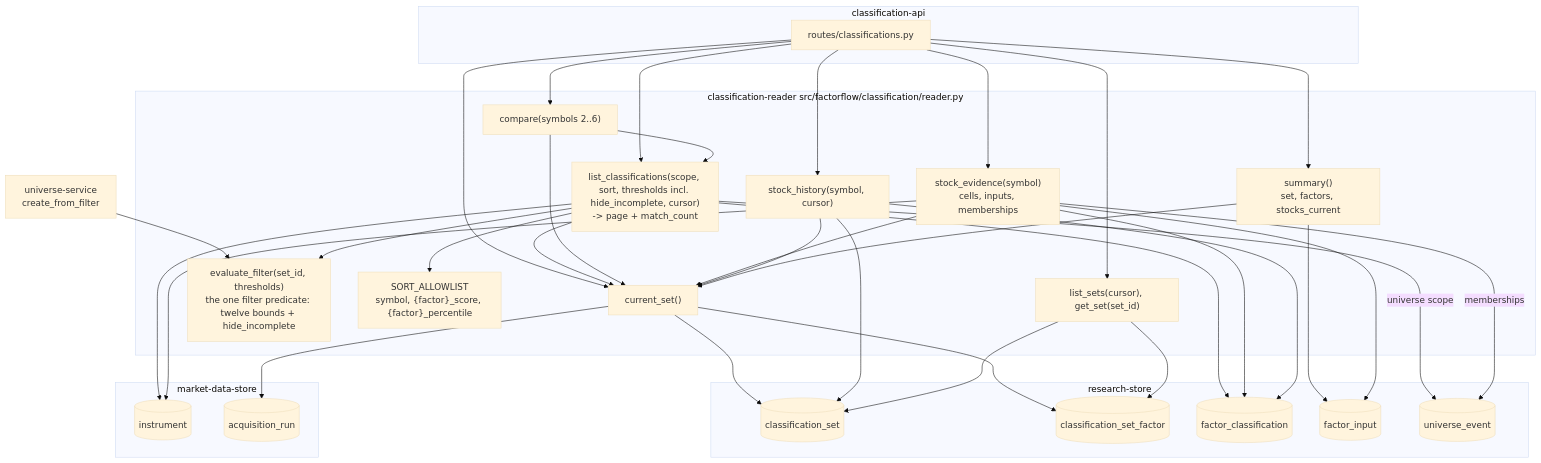
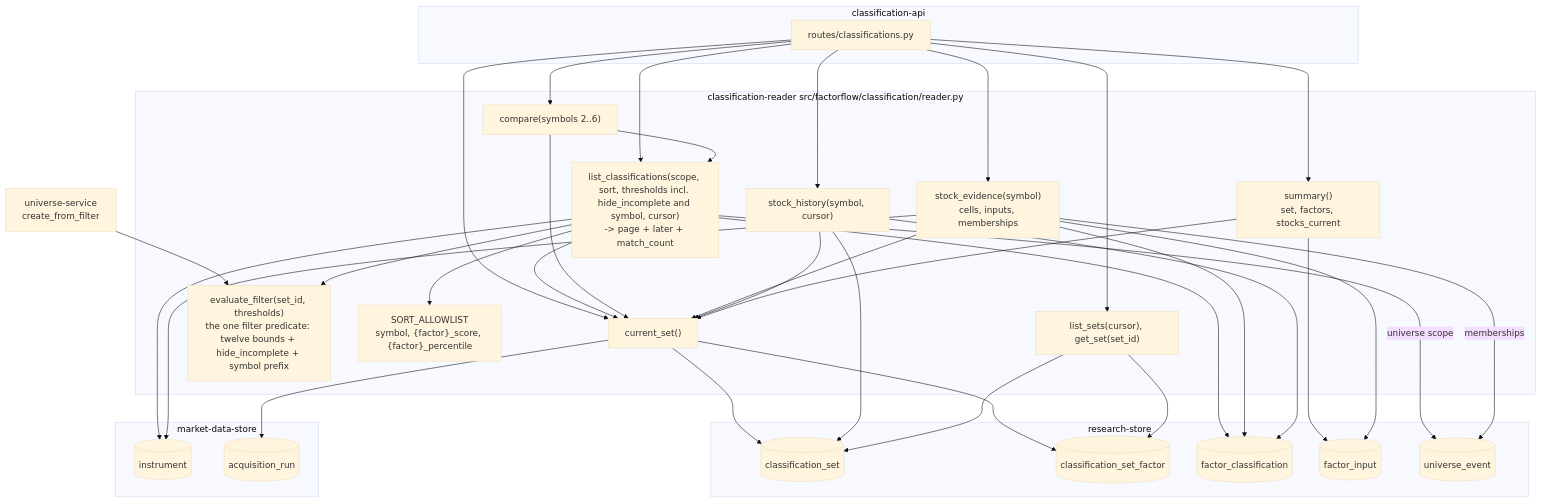
Before and after one commit to ajodraca/FactorFlow-v2: the first of 2 diagrams in docs/capabilities/CAP-002-universe-and-factor-classification/design/component-design-classification-reader.md, drawn with Mermaid (base theme). The commit also changed other lines of this file and 6 other files, not shown here.

````diff
--- a/docs/capabilities/CAP-002-universe-and-factor-classification/design/component-design-classification-reader.md
+++ b/docs/capabilities/CAP-002-universe-and-factor-classification/design/component-design-classification-reader.md
@@ -157,44 +185,44 @@
 ```mermaid
 flowchart TB
     subgraph API["classification-api"]
         RC["routes/classifications.py"]
     end
     US["universe-service<br/>create_from_filter"]
     subgraph RD["classification-reader  src/factorflow/classification/reader.py"]
         CS["current_set()"]
         SM["summary()<br/>set, factors, stocks_current"]
-        LS["list_classifications(scope, sort, thresholds incl. hide_incomplete, cursor)<br/>-> page + match_count"]
+        LS["list_classifications(scope, sort, thresholds incl. hide_incomplete and symbol, cursor)<br/>-> page + later + match_count"]
         CP["compare(symbols 2..6)"]
         EV["stock_evidence(symbol)<br/>cells, inputs, memberships"]
         HI["stock_history(symbol, cursor)"]
         SE["list_sets(cursor), get_set(set_id)"]
-        EF["evaluate_filter(set_id, thresholds)<br/>the one filter predicate: twelve bounds + hide_incomplete"]
+        EF["evaluate_filter(set_id, thresholds)<br/>the one filter predicate: twelve bounds + hide_incomplete + symbol prefix"]
         SA["SORT_ALLOWLIST<br/>symbol, {factor}_score, {factor}_percentile"]
     end
     subgraph RS["research-store"]
         T1[("classification_set")]
         T2[("classification_set_factor")]
         T3[("factor_classification")]
         T4[("factor_input")]
         T5[("universe_event")]
     end
     subgraph MDS["market-data-store"]
         INS[("instrument")]
         AR[("acquisition_run")]
     end
     RC --> CS & SM & LS & CP & EV & HI & SE
     US --> EF
     LS --> CS & EF & SA
     CP --> CS & LS
     EV --> CS
     HI --> CS
     SM --> CS
     CS --> T1 & T2 & AR
     SM --> T4
     LS --> T3 & INS
     LS -->|universe scope| T5
     EV --> T3 & T4 & INS
     EV -->|memberships| T5
     HI --> T3 & T1
     SE --> T1 & T2
 ```
````
